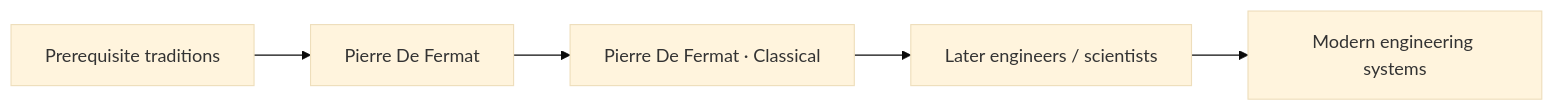
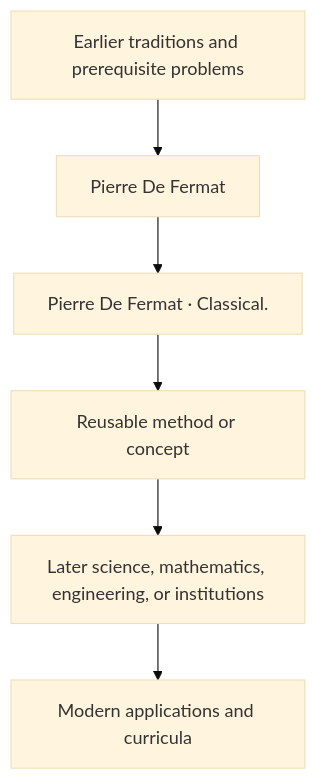
The diagram in docs/history/pierre-de-fermat/influence.md (via-decide/ViaLogic), drawn with Mermaid (base theme) before and after one commit. The commit also changed other lines of this file and 858 other files, not shown here.

````diff
--- a/docs/history/pierre-de-fermat/influence.md
+++ b/docs/history/pierre-de-fermat/influence.md
@@ -29,7 +16,8 @@
 ```mermaid
-graph LR
-  prerequisites["Prerequisite traditions"] --> current["Pierre De Fermat"]
-  current --> contribution["Pierre De Fermat · Classical"]
-  contribution --> successors["Later engineers / scientists"]
-  successors --> modern["Modern engineering systems"]
+graph TD
+  Prior[Earlier traditions and prerequisite problems] --> Person[Pierre De Fermat]
+  Person --> Contribution[Pierre De Fermat · Classical.]
+  Contribution --> Method[Reusable method or concept]
+  Method --> Later[Later science, mathematics, engineering, or institutions]
+  Later --> Modern[Modern applications and curricula]
 ```
````
